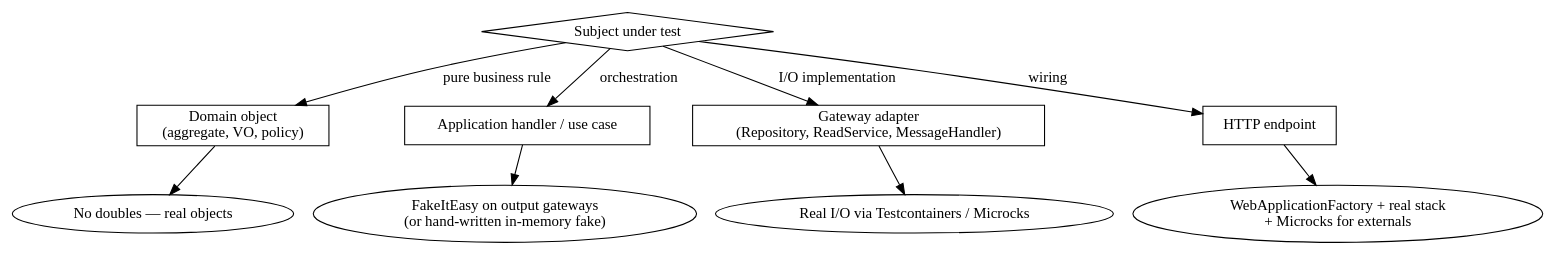
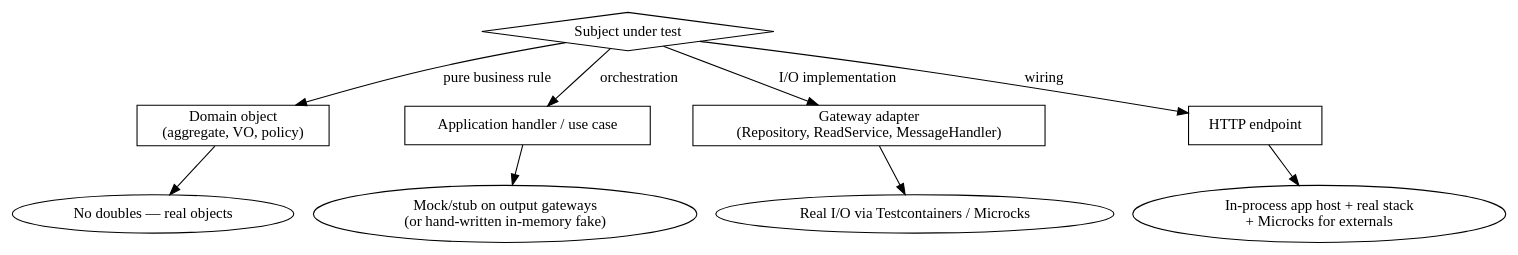
The first of 2 diagrams in plugins/skraft-framework/skills/clean-architecture-testing/references/doubles-decision-tree.md (SebastienDegodez/skraft-plugin), drawn with Graphviz before and after one commit. The commit also changed other lines of this file and 1 other file, not shown here.

First line of the commit message:
docs(skills): trim redundant text and shrink decision-tree graphs

````diff
--- a/plugins/skraft-framework/skills/clean-architecture-testing/references/doubles-decision-tree.md
+++ b/plugins/skraft-framework/skills/clean-architecture-testing/references/doubles-decision-tree.md
@@ -7,19 +7,19 @@
 ```dot
 digraph doubles {
-    "Subject under test" [shape=diamond];
-    "Domain object\n(aggregate, VO, policy)" [shape=box];
-    "Application handler / use case" [shape=box];
-    "Gateway adapter\n(Repository, ReadService, MessageHandler)" [shape=box];
-    "HTTP endpoint" [shape=box];
+    subject [shape=diamond, label="Subject under test"];
+    domain_obj [shape=box, label="Domain object\n(aggregate, VO, policy)"];
+    handler [shape=box, label="Application handler / use case"];
+    gateway [shape=box, label="Gateway adapter\n(Repository, ReadService, MessageHandler)"];
+    endpoint [shape=box, label="HTTP endpoint"];
 
-    "Subject under test" -> "Domain object\n(aggregate, VO, policy)" [label="pure business rule"];
-    "Subject under test" -> "Application handler / use case" [label="orchestration"];
-    "Subject under test" -> "Gateway adapter\n(Repository, ReadService, MessageHandler)" [label="I/O implementation"];
-    "Subject under test" -> "HTTP endpoint" [label="wiring"];
+    subject -> domain_obj [label="pure business rule"];
+    subject -> handler [label="orchestration"];
+    subject -> gateway [label="I/O implementation"];
+    subject -> endpoint [label="wiring"];
 
-    "Domain object\n(aggregate, VO, policy)" -> "No doubles — real objects";
-    "Application handler / use case" -> "FakeItEasy on output gateways\n(or hand-written in-memory fake)";
-    "Gateway adapter\n(Repository, ReadService, MessageHandler)" -> "Real I/O via Testcontainers / Microcks";
-    "HTTP endpoint" -> "WebApplicationFactory + real stack\n+ Microcks for externals";
+    domain_obj -> "No doubles — real objects";
+    handler -> "Mock/stub on output gateways\n(or hand-written in-memory fake)";
+    gateway -> "Real I/O via Testcontainers / Microcks";
+    endpoint -> "In-process app host + real stack\n+ Microcks for externals";
 }
 ```
````
